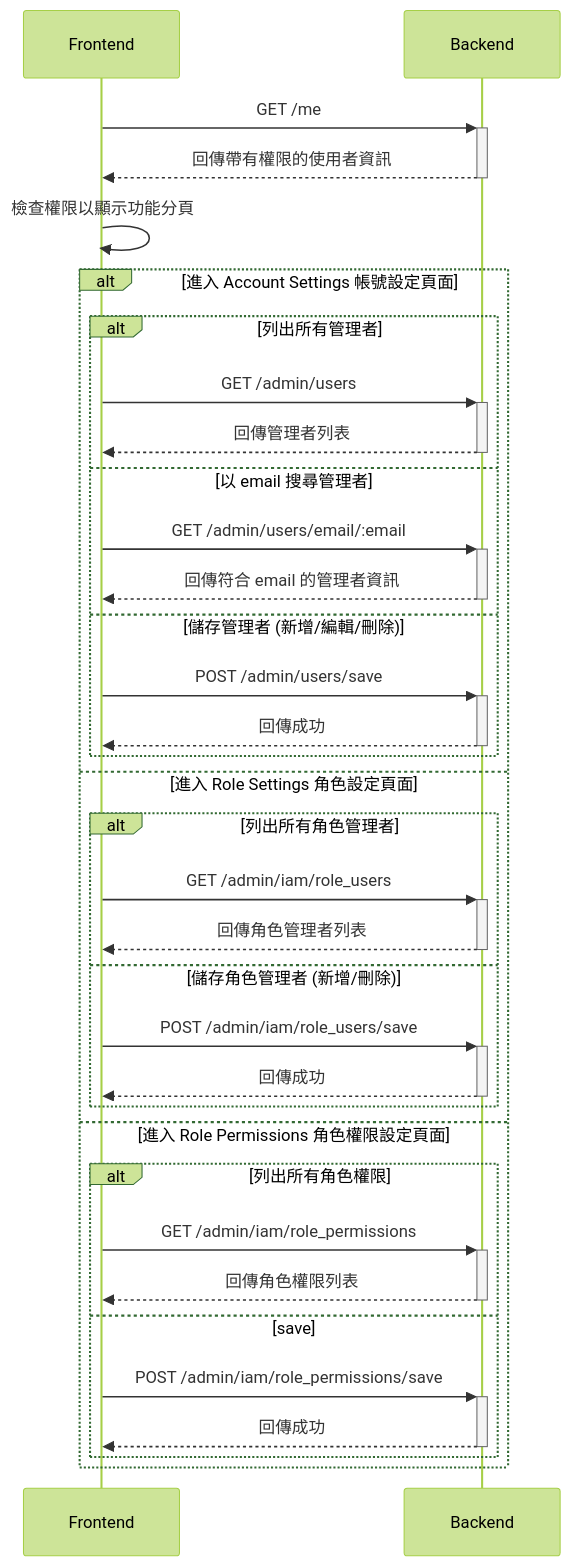
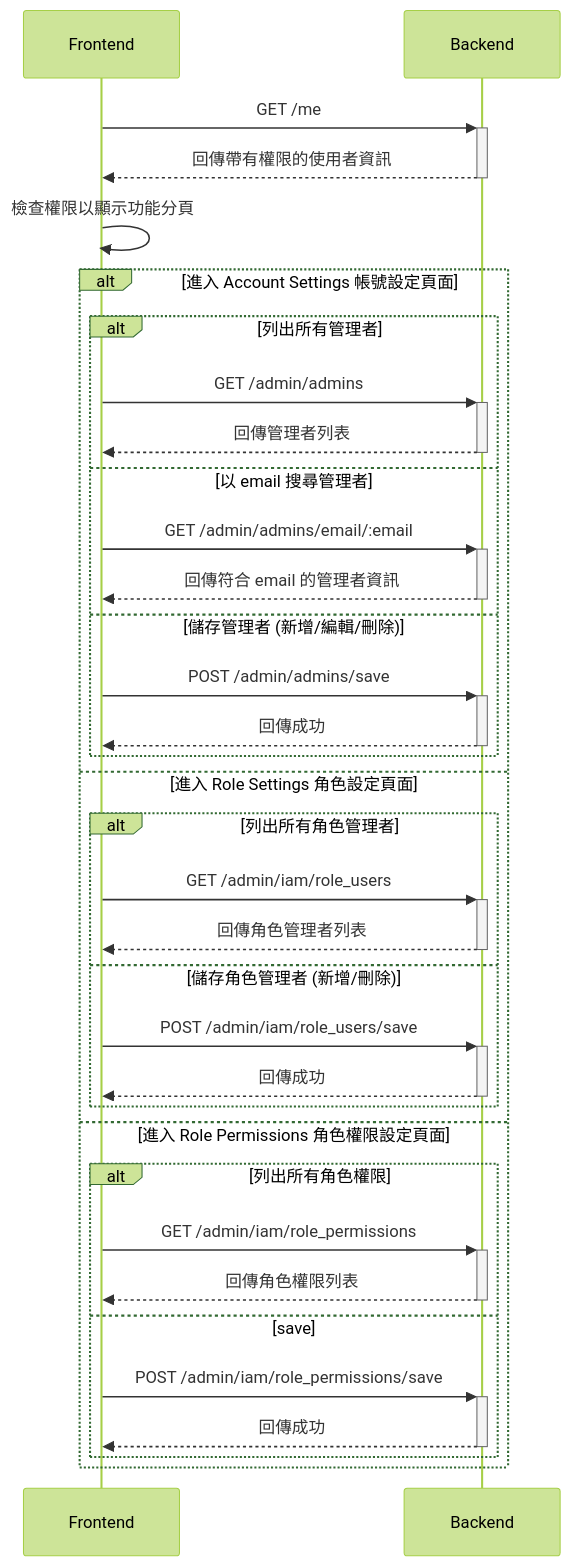
One commit to harry-tsai/notebook changed the second of 3 diagrams in api/design/permission_management/README.md. Above: the diagram before and after it, drawn with Mermaid (forest theme). The commit also changed other lines of this file, not shown here.

Commit message:
更新 API 文檔，將管理者相關的 API 路徑從 "/admin/users" 更改為 "/admin/admins"

````diff
--- a/api/design/permission_management/README.md
+++ b/api/design/permission_management/README.md
@@ -41,35 +41,35 @@
 ```mermaid
 sequenceDiagram
   Frontend ->>+ Backend: GET /me
   Backend -->>- Frontend: 回傳帶有權限的使用者資訊
   Frontend ->> Frontend: 檢查權限以顯示功能分頁
 
   alt 進入 Account Settings 帳號設定頁面
     alt 列出所有管理者
-      Frontend ->>+ Backend: GET /admin/users
+      Frontend ->>+ Backend: GET /admin/admins
       Backend -->>- Frontend: 回傳管理者列表
     else 以 email 搜尋管理者
-      Frontend ->>+ Backend: GET /admin/users/email/:email
+      Frontend ->>+ Backend: GET /admin/admins/email/:email
       Backend -->>- Frontend: 回傳符合 email 的管理者資訊
     else 儲存管理者 (新增/編輯/刪除)
-      Frontend ->>+ Backend: POST /admin/users/save
+      Frontend ->>+ Backend: POST /admin/admins/save
       Backend -->>- Frontend: 回傳成功
     end
   else 進入 Role Settings 角色設定頁面
     alt 列出所有角色管理者
       Frontend ->>+ Backend: GET /admin/iam/role_users
       Backend -->>- Frontend: 回傳角色管理者列表
     else 儲存角色管理者 (新增/刪除)
       Frontend ->>+ Backend: POST /admin/iam/role_users/save
       Backend -->>- Frontend: 回傳成功
     end
   else 進入 Role Permissions 角色權限設定頁面
     alt 列出所有角色權限
       Frontend ->>+ Backend: GET /admin/iam/role_permissions
       Backend -->>- Frontend: 回傳角色權限列表
     else save
       Frontend ->>+ Backend: POST /admin/iam/role_permissions/save
       Backend -->>- Frontend: 回傳成功
     end
   end
 ```
````
